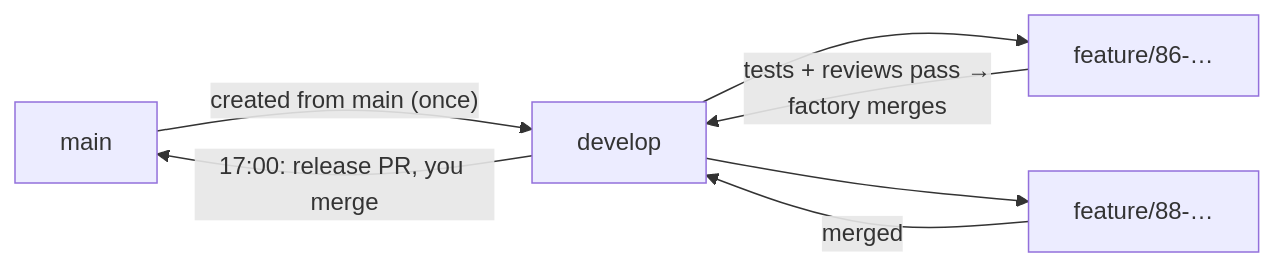
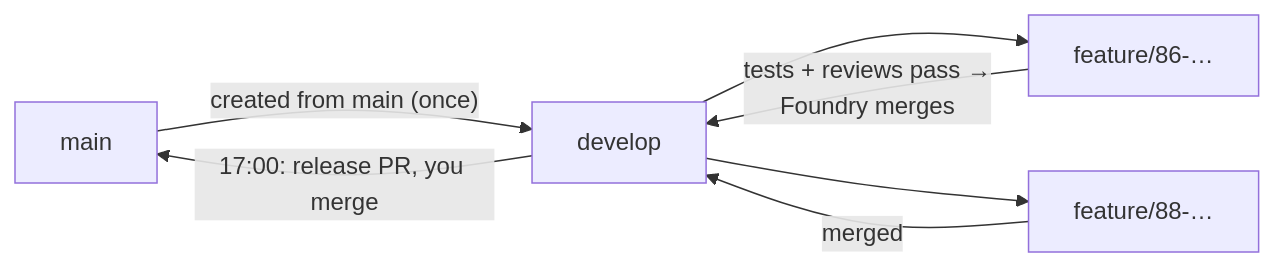
Before and after one commit to MeloMar-IT/claude-factory: the second of 2 diagrams in docs/USER_GUIDE.md, drawn with Mermaid. The commit also changed other lines of this file and 20 other files, not shown here.

````diff
--- a/docs/USER_GUIDE.md
+++ b/docs/USER_GUIDE.md
@@ -513,7 +515,7 @@
 ```mermaid
 flowchart LR
     M[main] -->|"created from main (once)"| D[develop]
-    D --> F1["feature/86-…"] -->|"tests + reviews pass →<br/>factory merges"| D
+    D --> F1["feature/86-…"] -->|"tests + reviews pass →<br/>Foundry merges"| D
     D --> F2["feature/88-…"] -->|merged| D
     D -->|"17:00: release PR, you merge"| M
 ```
````
